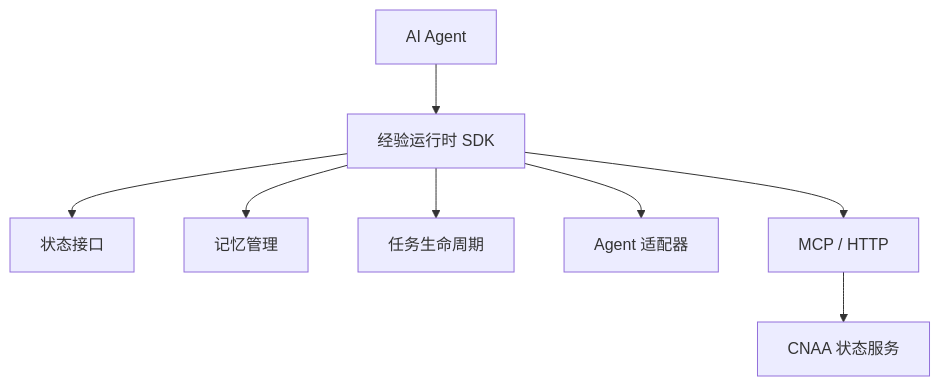
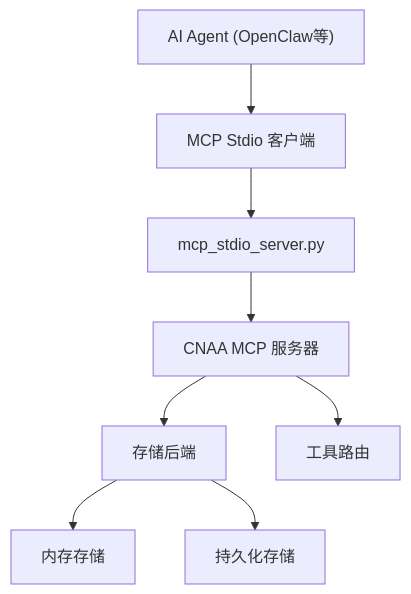
One commit to lgx236/CNAA-Cloud-Native-Agent-Architecture- changed the first of 4 diagrams in .qoder/repowiki/zh/content/集成指南/集成指南.md. Above: the diagram before and after it, drawn with Mermaid. The commit also changed other lines of this file and 99 other files, not shown here.

````diff
--- a/.qoder/repowiki/zh/content/集成指南/集成指南.md
+++ b/.qoder/repowiki/zh/content/集成指南/集成指南.md
@@ -37,10 +62,10 @@
 ```mermaid
 graph TB
-A["AI Agent"] --> B["经验运行时 SDK"]
-B --> C["状态接口"]
-B --> D["记忆管理"]
-B --> E["任务生命周期"]
-B --> F["Agent 适配器"]
-B --> G["MCP / HTTP"]
-G --> H["CNAA 状态服务"]
+A["AI Agent (OpenClaw等)"] --> B["MCP Stdio 客户端"]
+B --> C["mcp_stdio_server.py"]
+C --> D["CNAA MCP 服务器"]
+D --> E["存储后端"]
+D --> F["工具路由"]
+E --> G["内存存储"]
+E --> H["持久化存储"]
 ```
````
